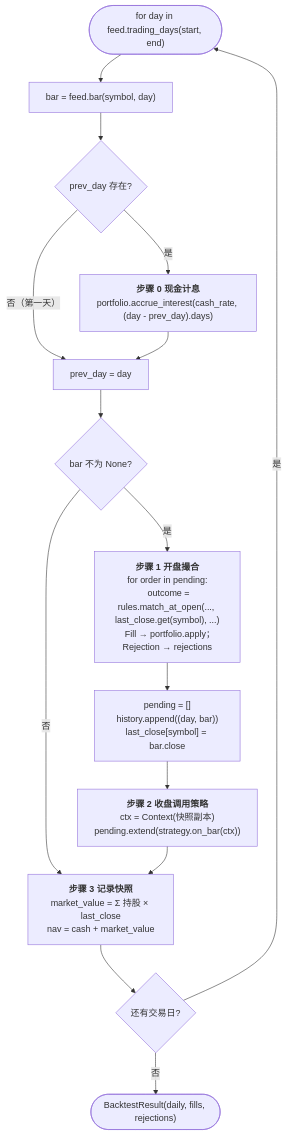
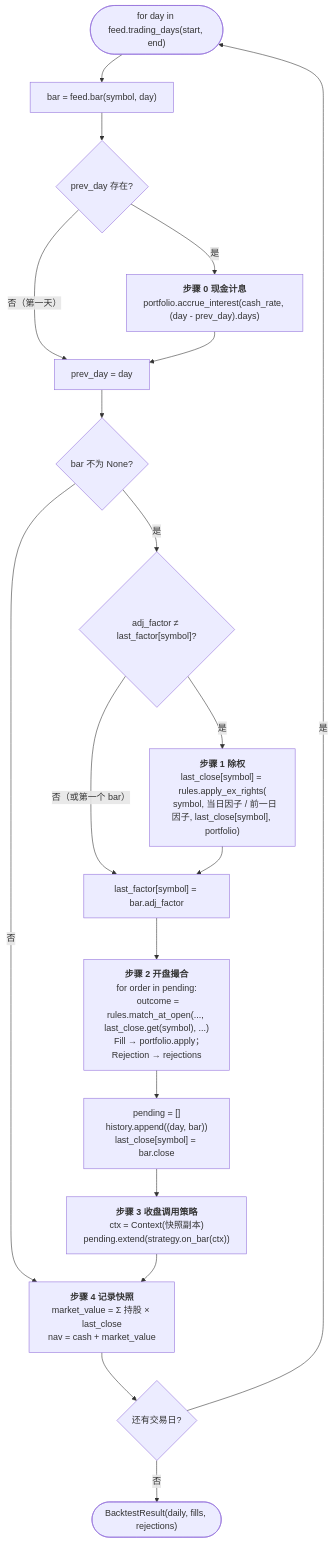
Diagram 12 of 23 in docs/code-walkthrough.md (guevara12345/quant), drawn with Mermaid before and after one commit. The commit also changed other lines of this file and 11 other files, not shown here.

````diff
--- a/docs/code-walkthrough.md
+++ b/docs/code-walkthrough.md
@@ -549,17 +558,21 @@
 ```mermaid
 flowchart TD
     Start(["for day in feed.trading_days(start, end)"]) --> GetBar["bar = feed.bar(symbol, day)"]
     GetBar --> S0{"prev_day 存在?"}
     S0 -- 是 --> Int["<b>步骤 0 现金计息</b><br/>portfolio.accrue_interest(cash_rate, (day - prev_day).days)"]
     S0 -- 否（第一天） --> SetPrev
     Int --> SetPrev["prev_day = day"]
     SetPrev --> HasBar{"bar 不为 None?"}
     HasBar -- 否 --> Snap
-    HasBar -- 是 --> S1["<b>步骤 1 开盘撮合</b><br/>for order in pending:<br/>  outcome = rules.match_at_open(..., last_close.get(symbol), ...)<br/>  Fill → portfolio.apply；Rejection → rejections"]
-    S1 --> Clear["pending = []<br/>history.append((day, bar))<br/>last_close[symbol] = bar.close"]
-    Clear --> S2["<b>步骤 2 收盘调用策略</b><br/>ctx = Context(快照副本)<br/>pending.extend(strategy.on_bar(ctx))"]
-    S2 --> Snap["<b>步骤 3 记录快照</b><br/>market_value = Σ 持股 × last_close<br/>nav = cash + market_value"]
+    HasBar -- 是 --> X{"adj_factor ≠ last_factor[symbol]?"}
+    X -- 是 --> S1["<b>步骤 1 除权</b><br/>last_close[symbol] = rules.apply_ex_rights(<br/>  symbol, 当日因子 / 前一日因子, last_close[symbol], portfolio)"]
+    X -- 否（或第一个 bar） --> SetF
+    S1 --> SetF["last_factor[symbol] = bar.adj_factor"]
+    SetF --> S2["<b>步骤 2 开盘撮合</b><br/>for order in pending:<br/>  outcome = rules.match_at_open(..., last_close.get(symbol), ...)<br/>  Fill → portfolio.apply；Rejection → rejections"]
+    S2 --> Clear["pending = []<br/>history.append((day, bar))<br/>last_close[symbol] = bar.close"]
+    Clear --> S3["<b>步骤 3 收盘调用策略</b><br/>ctx = Context(快照副本)<br/>pending.extend(strategy.on_bar(ctx))"]
+    S3 --> Snap["<b>步骤 4 记录快照</b><br/>market_value = Σ 持股 × last_close<br/>nav = cash + market_value"]
     Snap --> Next{还有交易日?}
     Next -- 是 --> Start
     Next -- 否 --> Out(["BacktestResult(daily, fills, rejections)"])
 ```
````
